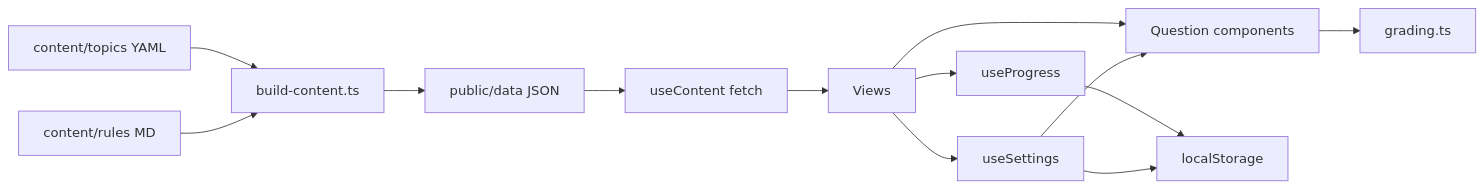
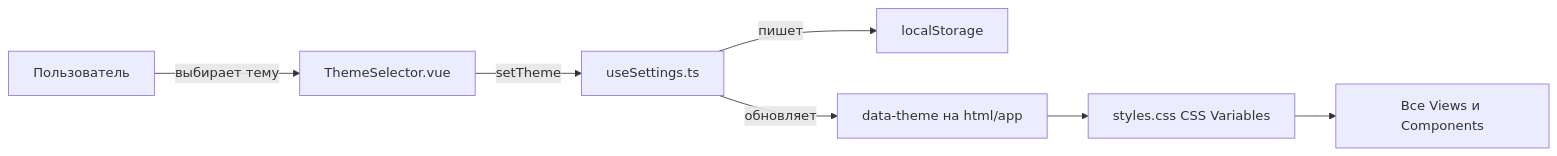
Before and after one commit to tyaps/hpseasons-learning: the diagram in .junie/plans/hp-seasons-quiz-spa.md, drawn with Mermaid. The commit also changed other lines of this file and 9 other files, not shown here.

Commit message:
Add visual themes support and theme selector

````diff
--- a/.junie/plans/hp-seasons-quiz-spa.md
+++ b/.junie/plans/hp-seasons-quiz-spa.md
@@ -180,15 +155,9 @@
 ```mermaid
 graph LR
-Y[content/topics YAML] --> S[build-content.ts]
-M[content/rules MD] --> S
-S --> J[public/data JSON]
-J --> C[useContent fetch]
-C --> V[Views]
-V --> Q[Question components]
-Q --> G[grading.ts]
-V --> P[useProgress]
-P --> L[localStorage]
-V --> T[useSettings]
-T --> L
-T --> Q
+U[Пользователь] -->|выбирает тему| TS[ThemeSelector.vue]
+TS -->|setTheme| S[useSettings.ts]
+S -->|пишет| L[localStorage]
+S -->|обновляет| DOM[data-theme на html/app]
+DOM --> CSS[styles.css CSS Variables]
+CSS --> V[Все Views и Components]
 ```
````
